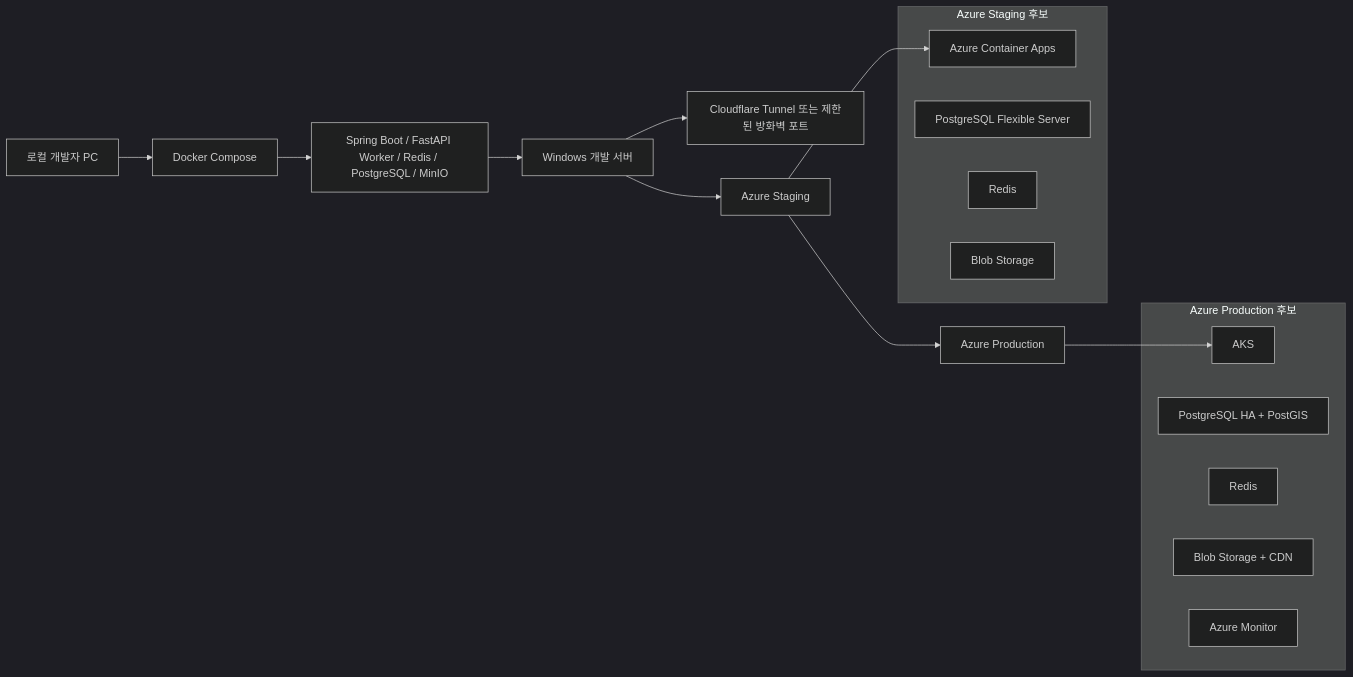
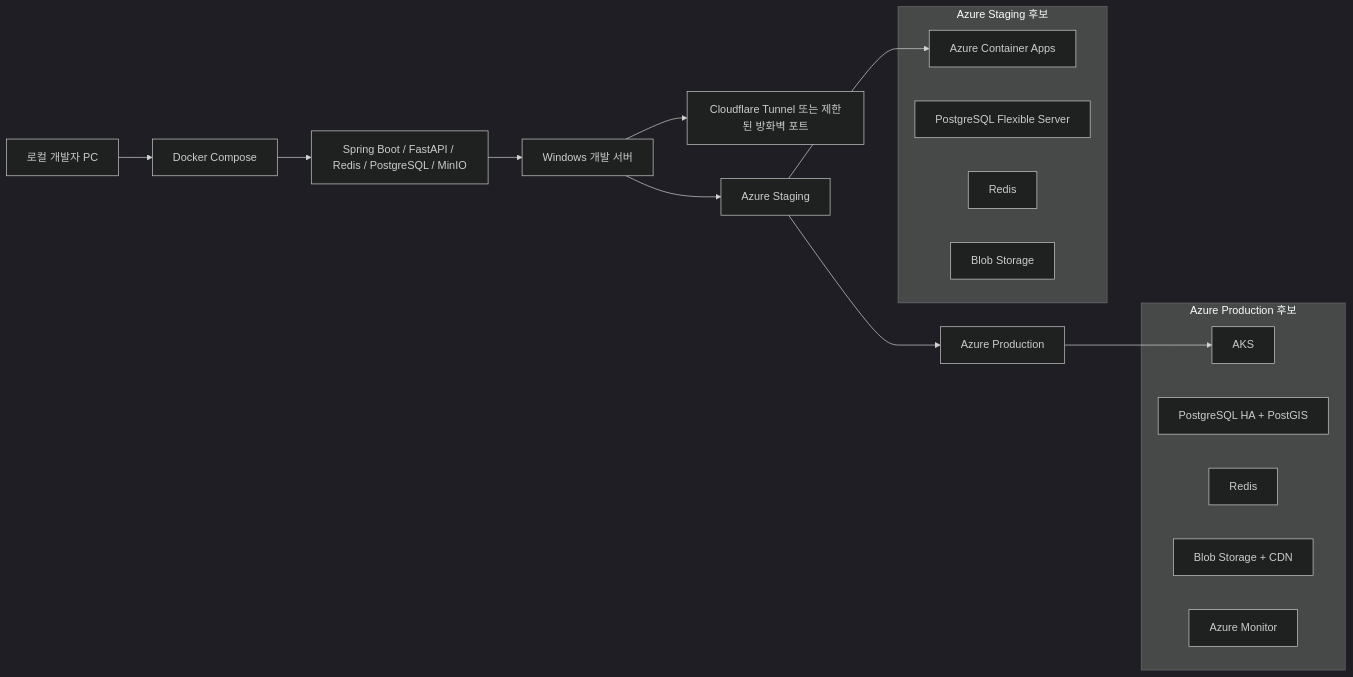
Before and after one commit to Onieum/ONMU: the third of 3 diagrams in docs/architecture/current-architecture-diagram.md, drawn with Mermaid (dark theme). The commit also changed other lines of this file and 8 other files, not shown here.

````diff
--- a/docs/architecture/current-architecture-diagram.md
+++ b/docs/architecture/current-architecture-diagram.md
@@ -149,29 +157,29 @@
 ```mermaid
 flowchart LR
     local["로컬 개발자 PC"] --> compose["Docker Compose"]
-    compose --> localApi["Spring Boot / FastAPI Worker / Redis / PostgreSQL / MinIO"]
+    compose --> localApi["Spring Boot / FastAPI / Redis / PostgreSQL / MinIO"]
 
     localApi --> devServer["Windows 개발 서버"]
     devServer --> tunnel["Cloudflare Tunnel 또는 제한된 방화벽 포트"]
 
     devServer --> staging["Azure Staging"]
     staging --> prod["Azure Production"]
 
     subgraph stagingBox["Azure Staging 후보"]
         aca["Azure Container Apps"]
         pgStaging["PostgreSQL Flexible Server"]
         redisStaging["Redis"]
         blobStaging["Blob Storage"]
     end
 
     subgraph prodBox["Azure Production 후보"]
         aks["AKS"]
         pgProd["PostgreSQL HA + PostGIS"]
         redisProd["Redis"]
         blobProd["Blob Storage + CDN"]
         monitorProd["Azure Monitor"]
     end
 
     staging --> aca
     prod --> aks
 ```
````
